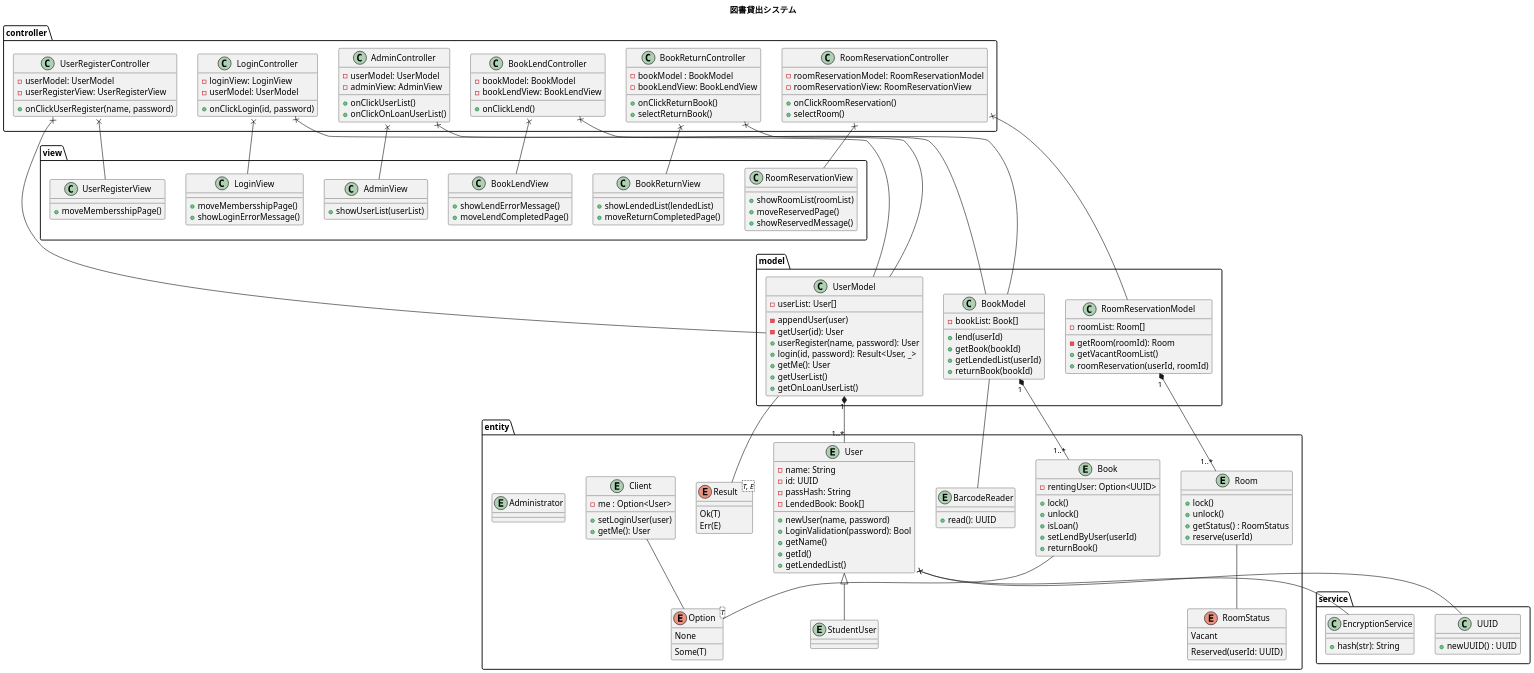
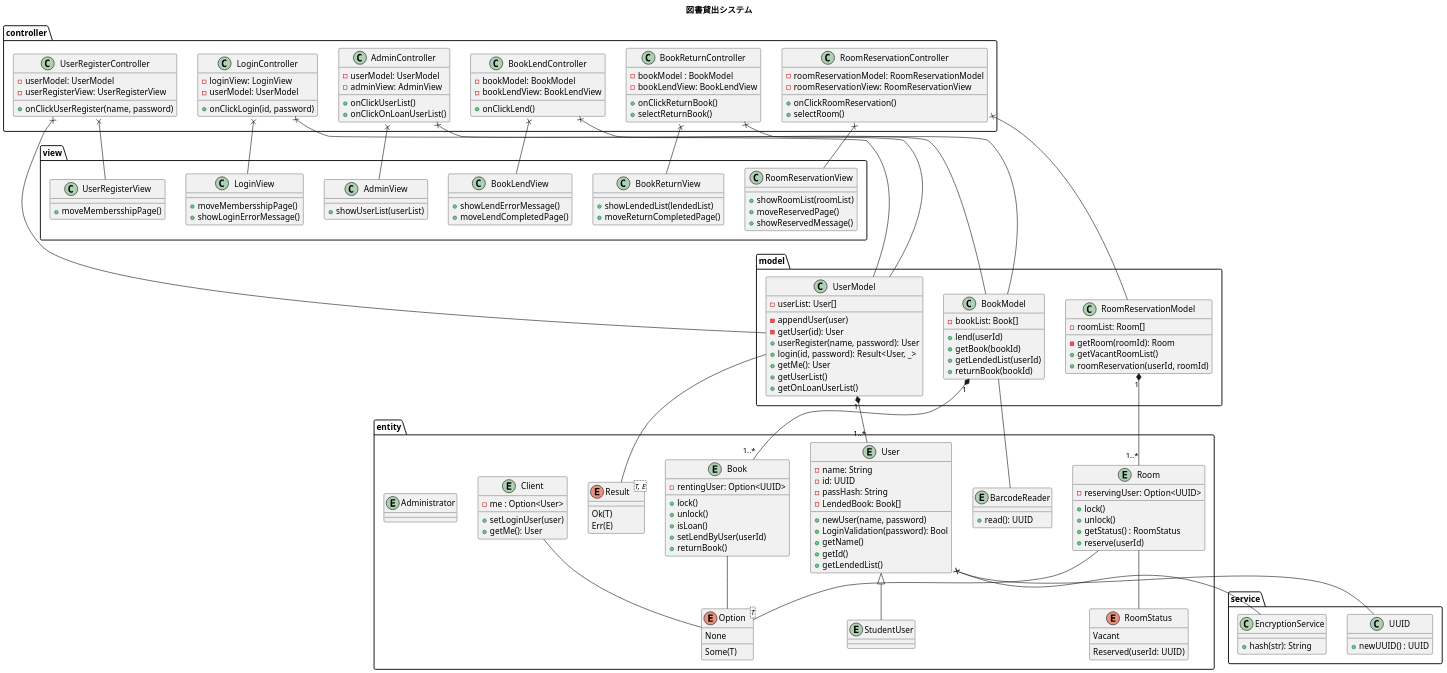
One commit to Romira915/AdvancedSoftwareEngineering3-Task changed the diagram in class.pu. Above: the diagram before and after it, drawn with PlantUML.

Commit message:
modifiy: roomの整合性を整えた

```diff
--- a/class.pu
+++ b/class.pu
@@ -120,6 +120,7 @@
     }
 
     entity Room {
+        -reservingUser: Option<UUID>
         +lock()
         +unlock()
         +getStatus() : RoomStatus
@@ -199,6 +200,7 @@
 UserModel -- Result
 Client -- Option
 Book -- Option
+Room -- Option
 BookModel -- BarcodeReader
 
 @enduml
```
